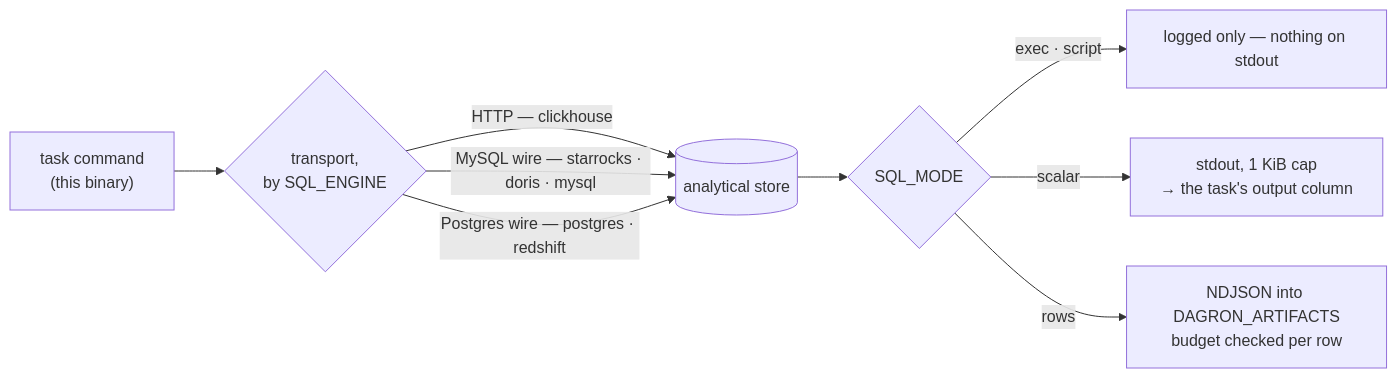
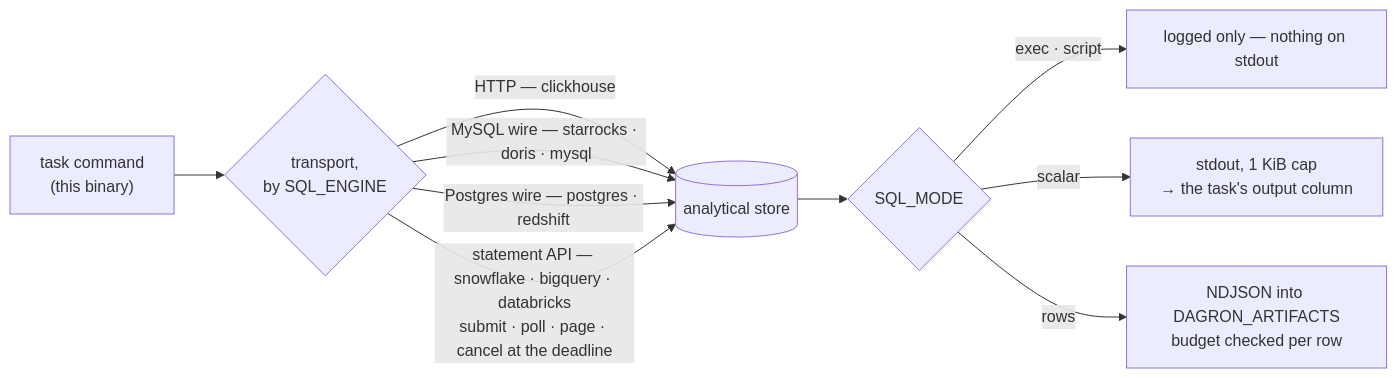
One commit to lucheeseng827/dagron changed the first of 2 diagrams in crates/dagron-step-sql/README.md. Above: the diagram before and after it, drawn with Mermaid. The commit also changed other lines of this file and 48 other files, not shown here.

````diff
--- a/crates/dagron-step-sql/README.md
+++ b/crates/dagron-step-sql/README.md
@@ -9,11 +10,12 @@
 ```mermaid
 flowchart LR
   task["task command<br/>(this binary)"] --> tr{"transport,<br/>by SQL_ENGINE"}
   tr -->|"HTTP — clickhouse"| store[("analytical store")]
   tr -->|"MySQL wire — starrocks · doris · mysql"| store
   tr -->|"Postgres wire — postgres · redshift"| store
+  tr -->|"statement API — snowflake · bigquery · databricks<br/>submit · poll · page · cancel at the deadline"| store
   store --> mode{"SQL_MODE"}
   mode -->|"exec · script"| logged["logged only — nothing on stdout"]
   mode -->|scalar| stdout["stdout, 1 KiB cap<br/>→ the task's output column"]
   mode -->|rows| art["NDJSON into DAGRON_ARTIFACTS<br/>budget checked per row"]
 ```
````
